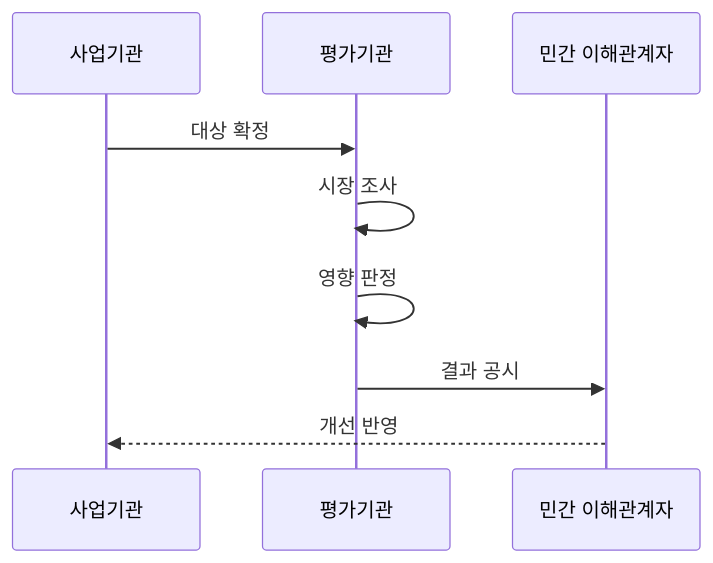
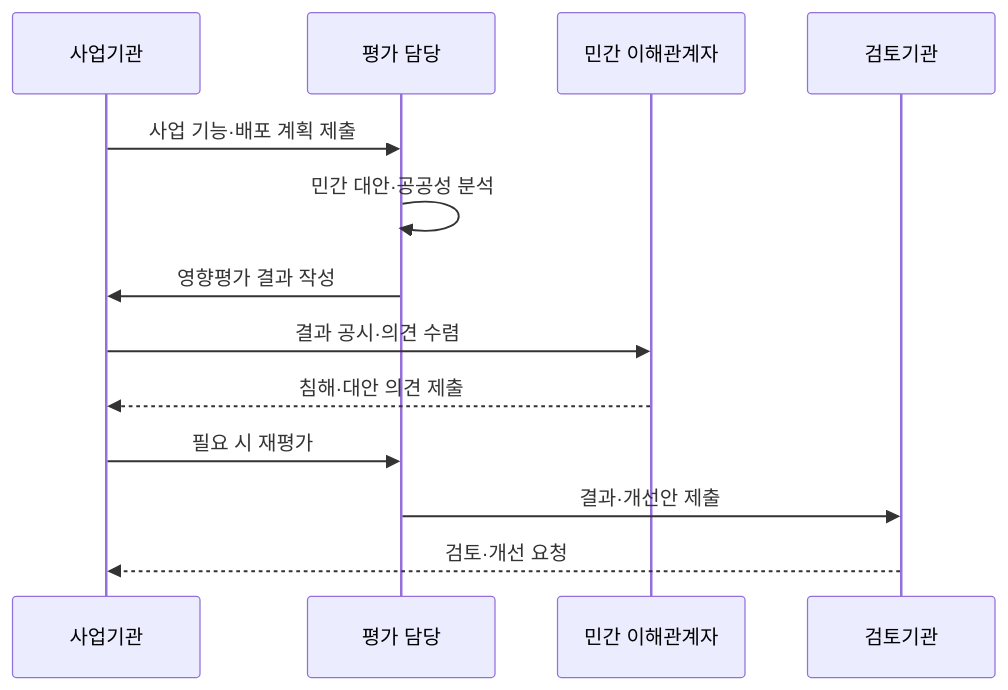
One commit to agnusdei1207/knowledge-base changed the second of 2 diagrams in src/content/docs/notes/03-software/192_sw_business_impact_assessment.md. Above: the diagram before and after it, drawn with Mermaid. The commit also changed other lines of this file and 7 other files, not shown here.

````diff
--- a/src/content/docs/notes/03-software/192_sw_business_impact_assessment.md
+++ b/src/content/docs/notes/03-software/192_sw_business_impact_assessment.md
@@ -68,11 +78,15 @@
 ```mermaid
 sequenceDiagram
     participant A as 사업기관
-    participant E as 평가기관
+    participant E as 평가 담당
     participant M as 민간 이해관계자
-    A->>E: 대상 확정
-    E->>E: 시장 조사
-    E->>E: 영향 판정
-    E->>M: 결과 공시
-    M-->>A: 개선 반영
+    participant G as 검토기관
+    A->>E: 사업 기능·배포 계획 제출
+    E->>E: 민간 대안·공공성 분석
+    E->>A: 영향평가 결과 작성
+    A->>M: 결과 공시·의견 수렴
+    M-->>A: 침해·대안 의견 제출
+    A->>E: 필요 시 재평가
+    E->>G: 결과·개선안 제출
+    G-->>A: 검토·개선 요청
 ```
````
